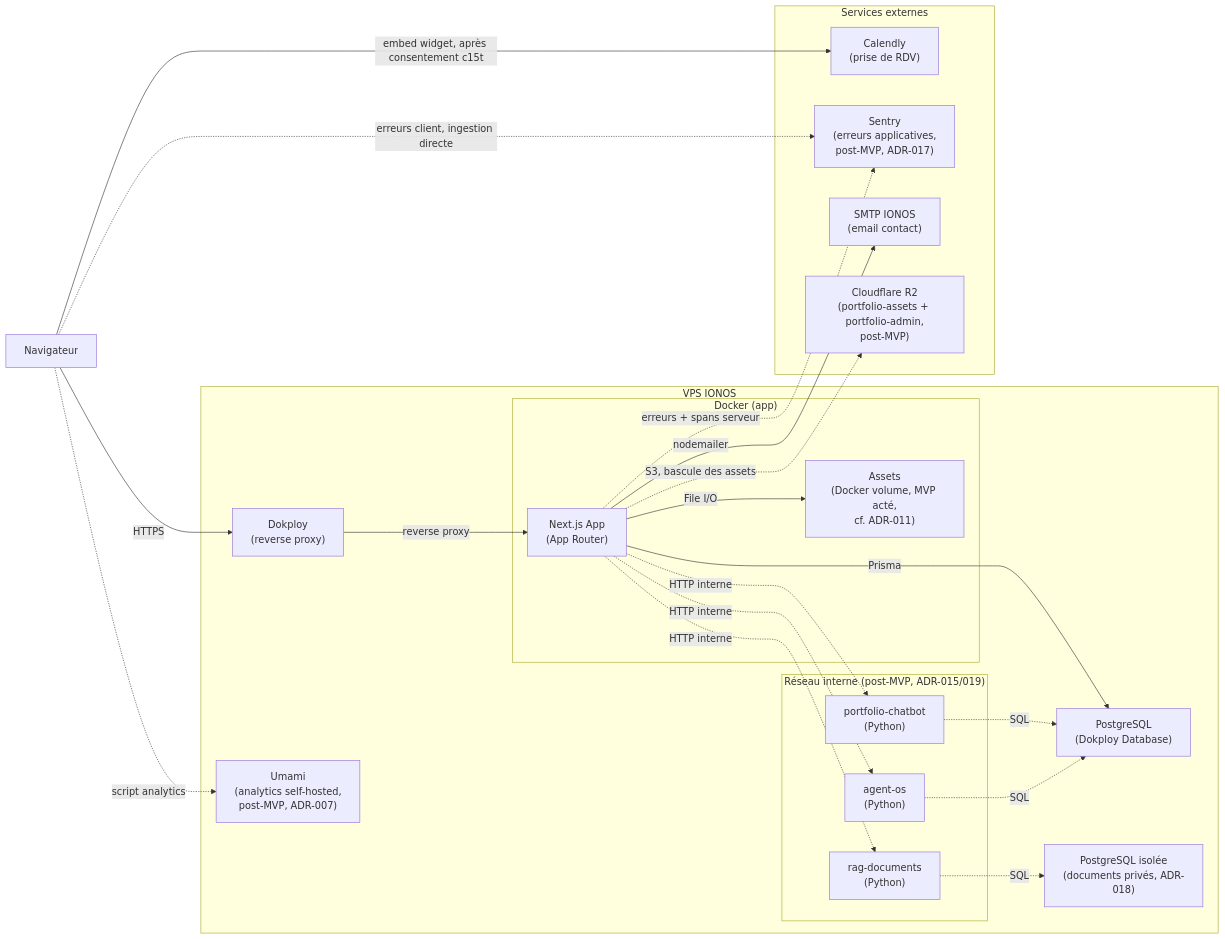
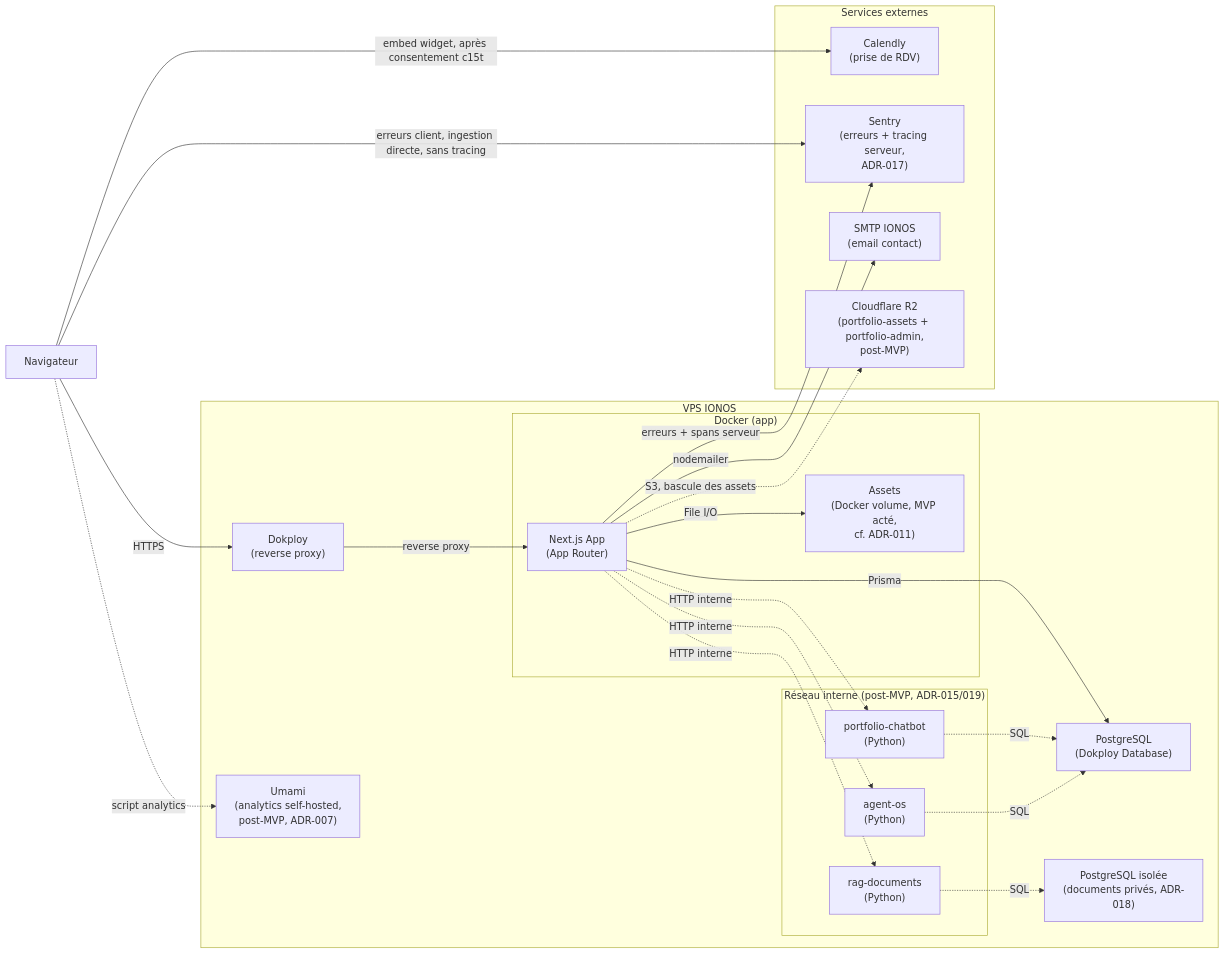
Before and after one commit to thibaud57/thibaud-geisler-portfolio: the first of 4 diagrams in docs/ARCHITECTURE.md, drawn with Mermaid. The commit also changed other lines of this file and 24 other files, not shown here.

First line of the commit message:
feat(observabilite): instrumentation Sentry avec tracing serveur

````diff
--- a/docs/ARCHITECTURE.md
+++ b/docs/ARCHITECTURE.md
@@ -82,43 +82,43 @@
 ```mermaid
 graph LR
     Browser["Navigateur"]
 
     subgraph VPS["VPS IONOS"]
         Dokploy["Dokploy<br/>(reverse proxy)"]
         subgraph App["Docker (app)"]
             Next["Next.js App<br/>(App Router)"]
             Assets["Assets<br/>(Docker volume, MVP acté,<br/>cf. ADR-011)"]
         end
         PG["PostgreSQL<br/>(Dokploy Database)"]
         Umami["Umami<br/>(analytics self-hosted,<br/>post-MVP, ADR-007)"]
         subgraph Interne["Réseau interne (post-MVP, ADR-015/019)"]
             Chatbot["portfolio-chatbot<br/>(Python)"]
             AgentOS["agent-os<br/>(Python)"]
             RagDocs["rag-documents<br/>(Python)"]
         end
         PGPriv["PostgreSQL isolée<br/>(documents privés, ADR-018)"]
     end
 
     subgraph Ext["Services externes"]
         Calendly["Calendly<br/>(prise de RDV)"]
-        Sentry["Sentry<br/>(erreurs applicatives,<br/>post-MVP, ADR-017)"]
+        Sentry["Sentry<br/>(erreurs + tracing serveur,<br/>ADR-017)"]
         SMTP["SMTP IONOS<br/>(email contact)"]
         R2["Cloudflare R2<br/>(portfolio-assets + portfolio-admin,<br/>post-MVP)"]
     end
 
     Browser -->|HTTPS| Dokploy -->|reverse proxy| Next
     Browser -->|embed widget, après consentement c15t| Calendly
     Browser -.->|script analytics| Umami
-    Browser -.->|erreurs client, ingestion directe| Sentry
+    Browser -->|erreurs client, ingestion directe, sans tracing| Sentry
     Next -->|Prisma| PG
     Next -->|File I/O| Assets
     Next -.->|HTTP interne| Chatbot
     Next -.->|HTTP interne| AgentOS
     Next -.->|HTTP interne| RagDocs
     Next -->|nodemailer| SMTP
-    Next -.->|erreurs + spans serveur| Sentry
+    Next -->|erreurs + spans serveur| Sentry
     Next -.->|S3, bascule des assets| R2
     Chatbot -.->|SQL| PG
     AgentOS -.->|SQL| PG
     RagDocs -.->|SQL| PGPriv
 ```
````
